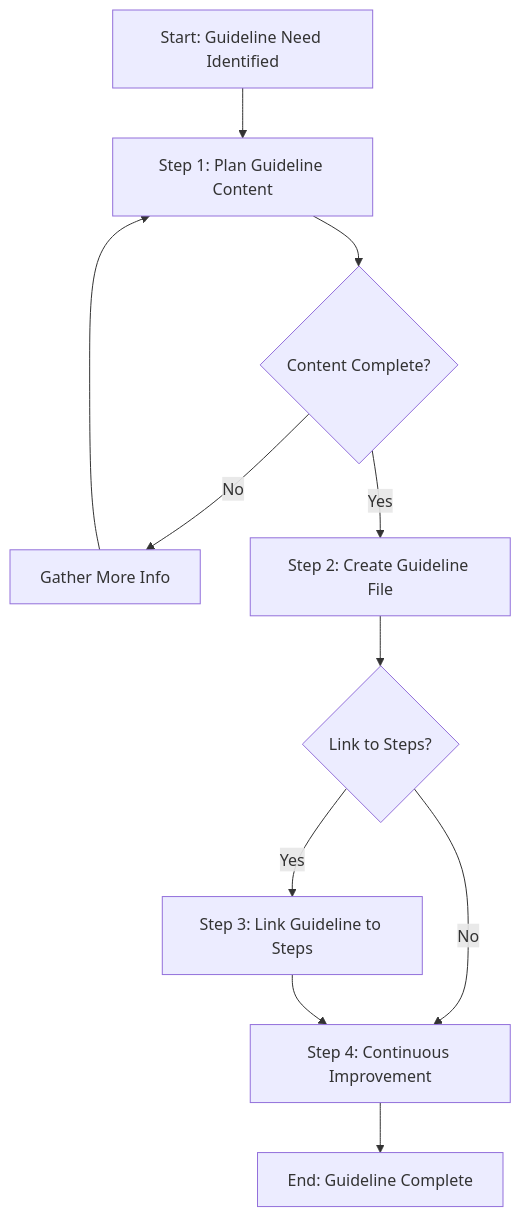
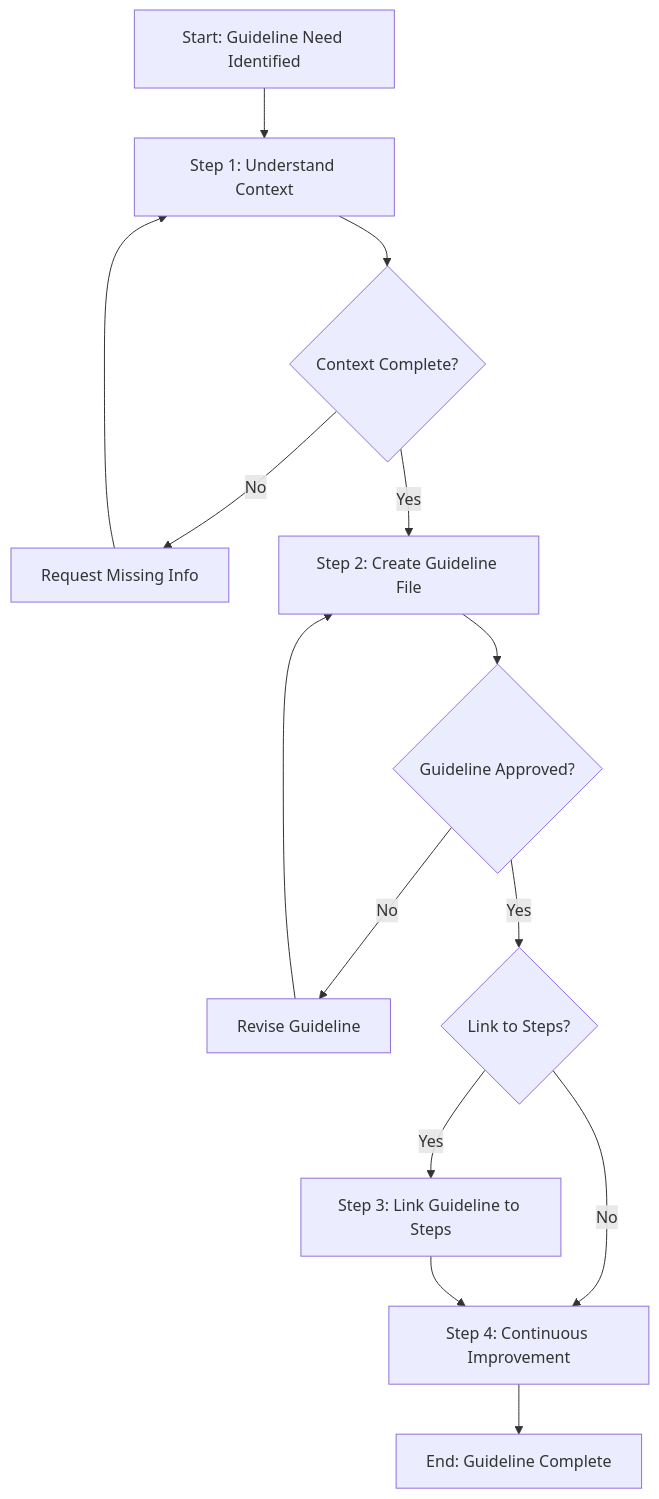
Before and after one commit to HMTools/agentic-processes: the diagram in .user-processes/active/process-create-guideline-template-20260124/template-design-summary.md, drawn with Mermaid. The commit also changed other lines of this file and 127 other files, not shown here.

````diff
--- a/.user-processes/active/process-create-guideline-template-20260124/template-design-summary.md
+++ b/.user-processes/active/process-create-guideline-template-20260124/template-design-summary.md
@@ -132,13 +132,16 @@
 ```mermaid
 flowchart TD
-    A[Start: Guideline Need Identified] --> B[Step 1: Plan Guideline Content]
-    B --> C{Content Complete?}
-    C -->|No| D[Gather More Info]
+    A[Start: Guideline Need Identified] --> B[Step 1: Understand Context]
+    B --> C{Context Complete?}
+    C -->|No| D[Request Missing Info]
     D --> B
     C -->|Yes| E[Step 2: Create Guideline File]
-    E --> F{Link to Steps?}
-    F -->|Yes| G[Step 3: Link Guideline to Steps]
-    F -->|No| H[Step 4: Continuous Improvement]
-    G --> H
-    H --> I[End: Guideline Complete]
+    E --> F{Guideline Approved?}
+    F -->|No| G[Revise Guideline]
+    G --> E
+    F -->|Yes| H{Link to Steps?}
+    H -->|Yes| I[Step 3: Link Guideline to Steps]
+    H -->|No| J[Step 4: Continuous Improvement]
+    I --> J
+    J --> K[End: Guideline Complete]
 ```
````
